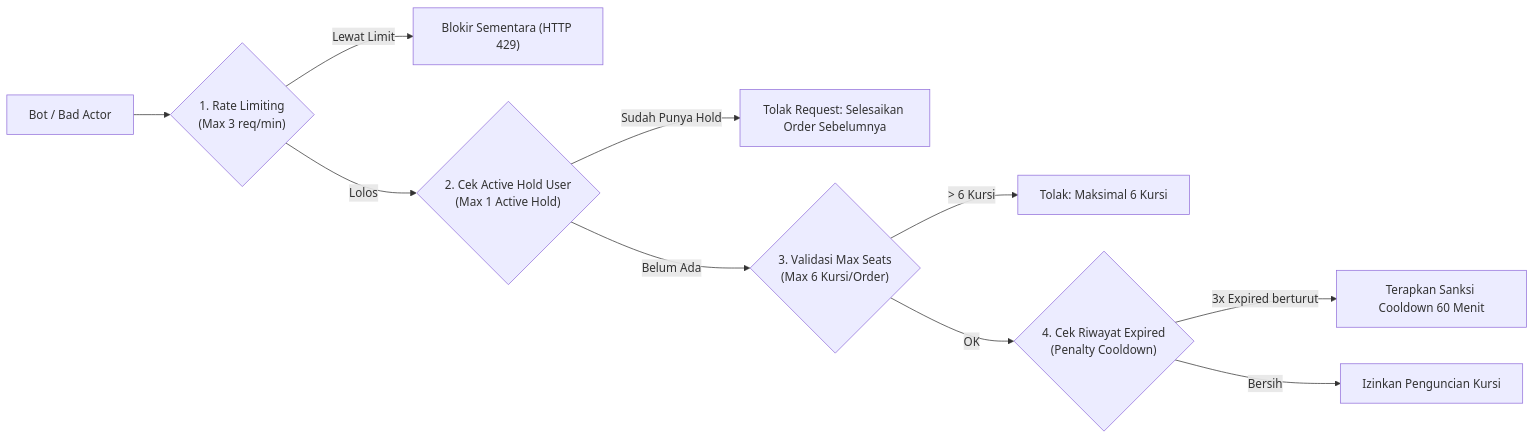
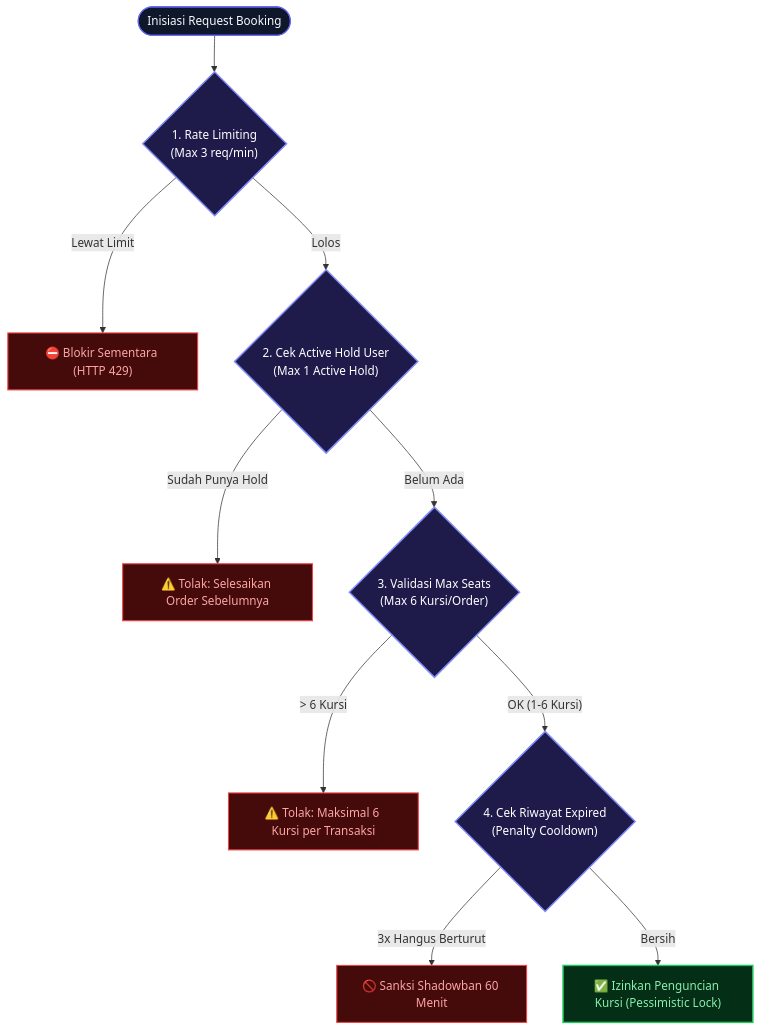
One commit to Hnzsama/nexus changed the fourth of 4 diagrams in docs/07-critical-system-audit.md. Above: the diagram before and after it, drawn with Mermaid.

Commit message:
fix: convert 7.4 horizontal flowchart to vertical TD with clear decision hierarchy

````diff
--- a/docs/07-critical-system-audit.md
+++ b/docs/07-critical-system-audit.md
@@ -160,12 +160,25 @@
 ```mermaid
-flowchart LR
-    Bot["Bot / Bad Actor"] --> RL{"1. Rate Limiting<br>(Max 3 req/min)"}
-    RL -- Lewat Limit --> BlockIP["Blokir Sementara (HTTP 429)"]
+flowchart TD
+    Bot(["Inisiasi Request Booking"]) --> RL{"1. Rate Limiting<br>(Max 3 req/min)"}
+    
+    RL -- Lewat Limit --> BlockIP["⛔ Blokir Sementara (HTTP 429)"]
     RL -- Lolos --> ActHold{"2. Cek Active Hold User<br>(Max 1 Active Hold)"}
-    ActHold -- Sudah Punya Hold --> RejectHold["Tolak Request: Selesaikan Order Sebelumnya"]
+    
+    ActHold -- Sudah Punya Hold --> RejectHold["⚠️ Tolak: Selesaikan Order Sebelumnya"]
     ActHold -- Belum Ada --> SeatLimit{"3. Validasi Max Seats<br>(Max 6 Kursi/Order)"}
-    SeatLimit -- > 6 Kursi --> RejectSeat["Tolak: Maksimal 6 Kursi"]
-    SeatLimit -- OK --> PenaltyCheck{"4. Cek Riwayat Expired<br>(Penalty Cooldown)"}
-    PenaltyCheck -- 3x Expired berturut --> Cooldown["Terapkan Sanksi Cooldown 60 Menit"]
-    PenaltyCheck -- Bersih --> AllowBooking["Izinkan Penguncian Kursi"]
+    
+    SeatLimit -- > 6 Kursi --> RejectSeat["⚠️ Tolak: Maksimal 6 Kursi per Transaksi"]
+    SeatLimit -- OK (1-6 Kursi) --> PenaltyCheck{"4. Cek Riwayat Expired<br>(Penalty Cooldown)"}
+    
+    PenaltyCheck -- 3x Hangus Berturut --> Cooldown["🚫 Sanksi Shadowban 60 Menit"]
+    PenaltyCheck -- Bersih --> AllowBooking["✅ Izinkan Penguncian Kursi (Pessimistic Lock)"]
+    
+    classDef default fill:#0f172a,stroke:#6366f1,stroke-width:1.5px,color:#f8fafc;
+    classDef decision fill:#1e1b4b,stroke:#818cf8,stroke-width:2px,color:#ffffff;
+    classDef blocked fill:#450a0a,stroke:#ef4444,stroke-width:1.5px,color:#fca5a5;
+    classDef success fill:#052e16,stroke:#22c55e,stroke-width:2px,color:#86efac;
+    
+    class RL,ActHold,SeatLimit,PenaltyCheck decision;
+    class BlockIP,RejectHold,RejectSeat,Cooldown blocked;
+    class AllowBooking success;
 ```
````
